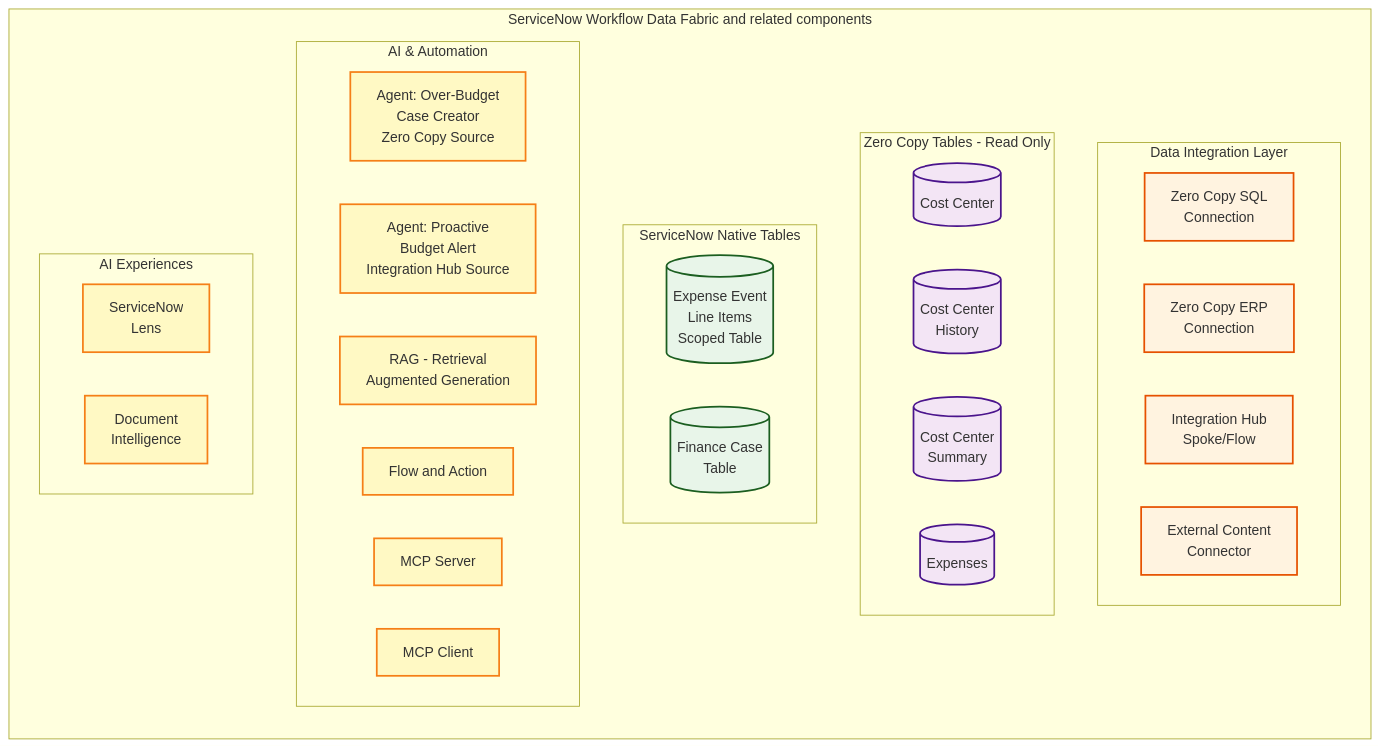
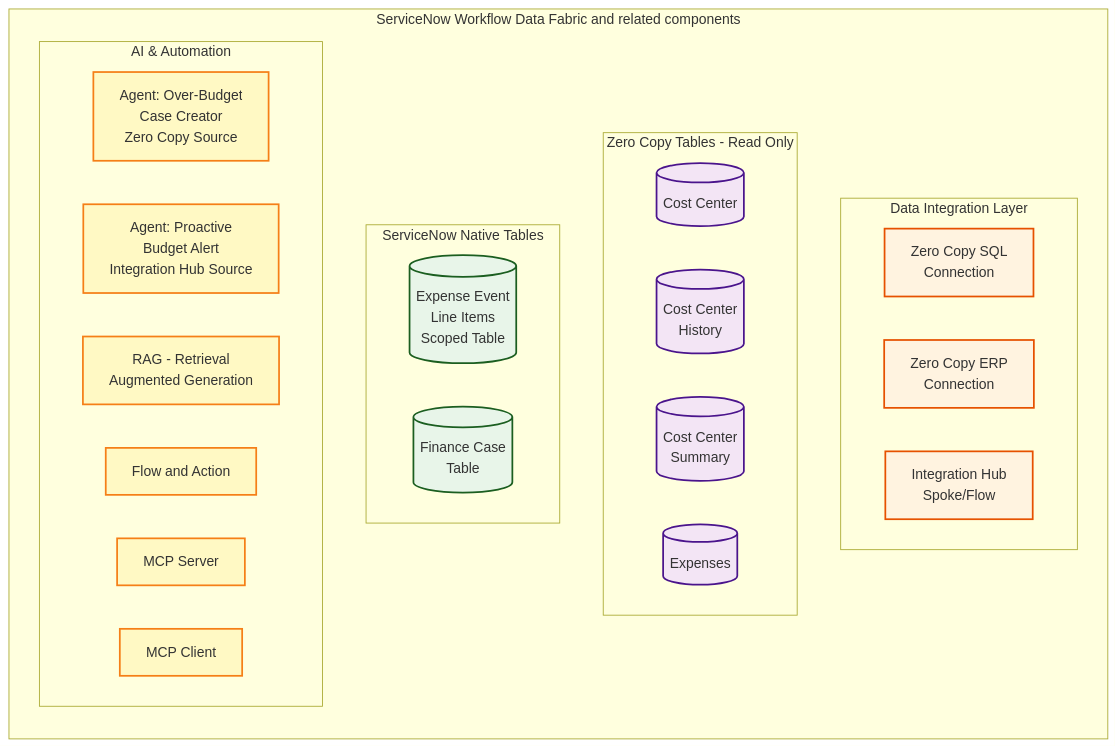
Before and after one commit to leojacinto/WorkflowDataFabric-TypeA: the third of 4 diagrams in 0_WDF_Diagrams.md, drawn with Mermaid. The commit also changed other lines of this file, not shown here.

````diff
--- a/0_WDF_Diagrams.md
+++ b/0_WDF_Diagrams.md
@@ -76,53 +75,49 @@
 ```mermaid
 graph LR
     subgraph "ServiceNow Workflow Data Fabric and related components"
         subgraph "Data Integration Layer"
             ZeroCopySQL[Zero Copy SQL<br/>Connection]
             ZeroCopyERP[Zero Copy ERP<br/>Connection]
             IntHub[Integration Hub<br/>Spoke/Flow]
-            ExtContent[External Content<br/>Connector]
+
         end
 
         subgraph "Zero Copy Tables - Read Only"
             ZCCC[(Cost Center)]
             ZCCH[(Cost Center</br>History)]
             ZCCS[(Cost Center</br>Summary)]
             ZCExp[(Expenses)]
         end
 
         subgraph "ServiceNow Native Tables"
             ExpenseTable[(Expense Event<br/>Line Items<br/>Scoped Table)]
             FinCase[(Finance Case<br/>Table)]
         end
 
 
         subgraph "AI & Automation"
             Agent1[Agent: Over-Budget<br/>Case Creator<br/>Zero Copy Source]
             Agent2[Agent: Proactive<br/>Budget Alert<br/>Integration Hub Source]
             RAG[RAG - Retrieval<br/>Augmented Generation]
             FlowAction[Flow and Action]
             MCP[MCP Server]
             MCPC[MCP Client]
         end
 
-        subgraph "AI Experiences"
-            Lens["ServiceNow</br>Lens"]
-            DocIntel["Document</br>Intelligence"]
-        end
     end
 
     %% Styling
     classDef external fill:#e1f5ff,stroke:#01579b,stroke-width:2px
     classDef integration fill:#fff3e0,stroke:#e65100,stroke-width:2px
     classDef zeroCopy fill:#f3e5f5,stroke:#4a148c,stroke-width:2px
     classDef native fill:#e8f5e9,stroke:#1b5e20,stroke-width:2px
     classDef ai fill:#fff9c4,stroke:#f57f17,stroke-width:2px
     classDef user fill:#e3f2fd,stroke:#1565c0,stroke-width:3px
 
     class ERP,ExpenseAPI,SharePoint,CDW external
     class ZeroCopySQL,ZeroCopyERP,IntHub,ExtContent integration
     class ZCCC,ZCCH,ZCCS,ZCExp zeroCopy
     class ExpenseTable,FinCase,FinVar native
     class Agent1,Agent2,RAG,NASK,FlowAction,MCP,MCPC,GGraph,NLQuery,Lens,DocIntel ai
     class Employee,EC,ControlTower,ClaudeDesktop user
 ```
````
